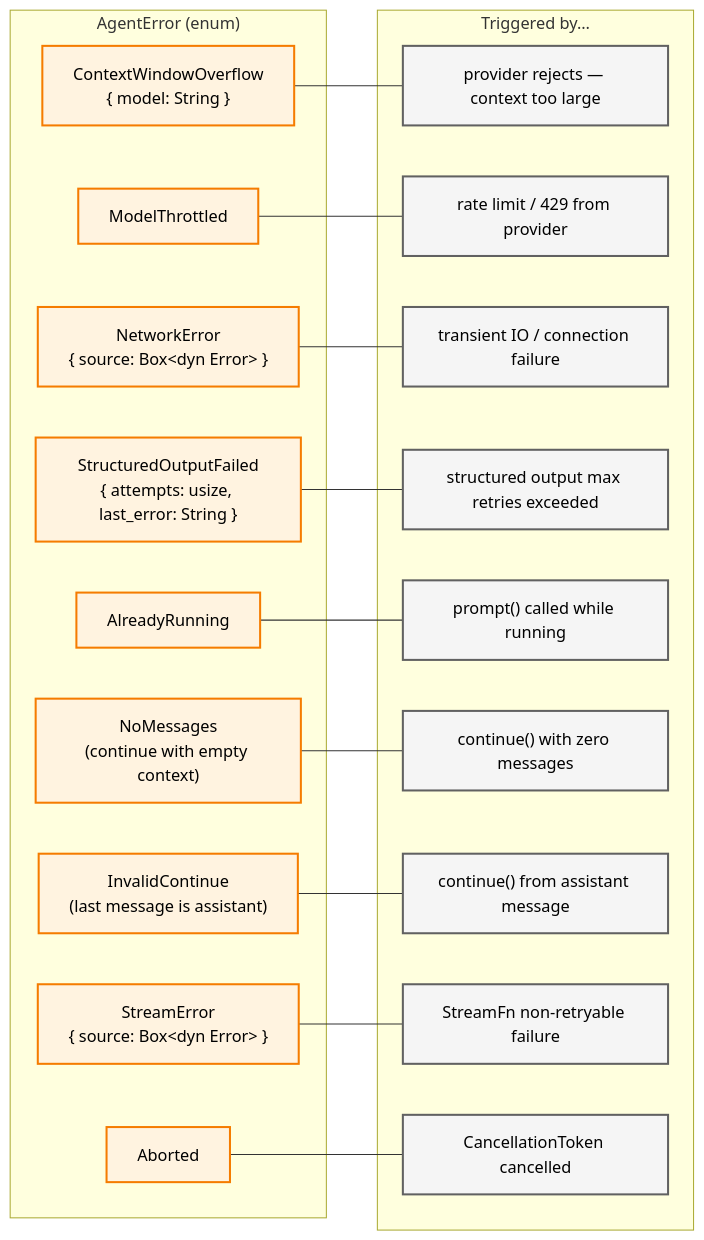
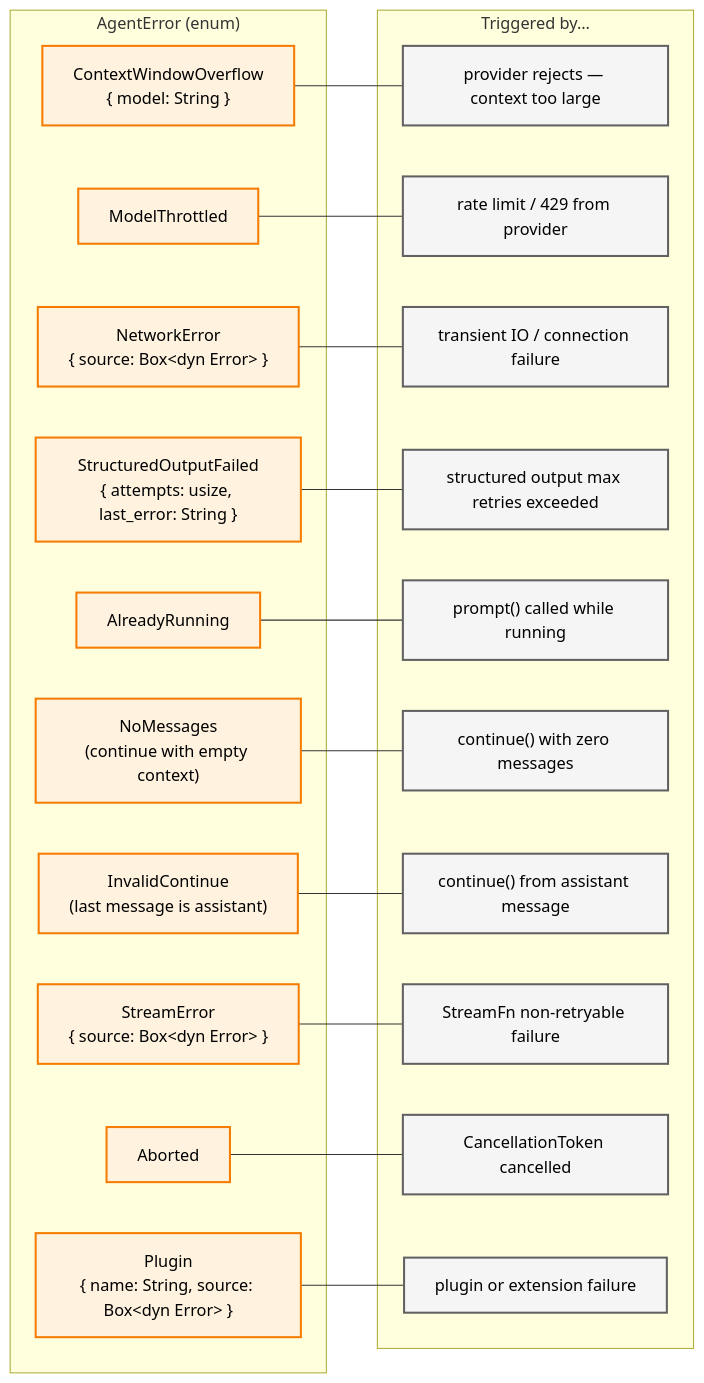
One commit to SuperSwinkAI/Swink-Agent changed the second of 5 diagrams in docs/architecture/error-handling/README.md. Above: the diagram before and after it, drawn with Mermaid. The commit also changed other lines of this file and 2 other files, not shown here.

Commit message:
Fix doc inaccuracies in data model, errors, streaming
- Fix ThinkingLevel::XHigh → ExtraHigh in data model doc
- Add undocumented ContentBlock::Extension variant
- Add undocumented ToolResultMessage.details field
- Add missing Plugin variant to error taxonomy
- Update never-retries list with all non-retryable variants
- Fix Done/Error event signatures in streaming doc
- Add StreamErrorKind enum and error constructor docs

````diff
--- a/docs/architecture/error-handling/README.md
+++ b/docs/architecture/error-handling/README.md
@@ -65,42 +65,45 @@
 ```mermaid
 flowchart LR
     subgraph AgentError["AgentError (enum)"]
         CWO["ContextWindowOverflow<br/>{ model: String }"]
         ModelThrottled["ModelThrottled"]
         NetErr["NetworkError<br/>{ source: Box&lt;dyn Error&gt; }"]
         StructFail["StructuredOutputFailed<br/>{ attempts: usize, last_error: String }"]
         AlreadyRunning["AlreadyRunning"]
         NoMessages["NoMessages<br/>(continue with empty context)"]
         InvalidContinue["InvalidContinue<br/>(last message is assistant)"]
         StreamError["StreamError<br/>{ source: Box&lt;dyn Error&gt; }"]
         Aborted["Aborted"]
+        Plugin["Plugin<br/>{ name: String, source: Box&lt;dyn Error&gt; }"]
     end
 
     subgraph Trigger["Triggered by…"]
         T1["provider rejects — context too large"]
         T2["rate limit / 429 from provider"]
         T3["transient IO / connection failure"]
         T4["structured output max retries exceeded"]
         T5["prompt() called while running"]
         T6["continue() with zero messages"]
         T7["continue() from assistant message"]
         T8["StreamFn non-retryable failure"]
         T9["CancellationToken cancelled"]
+        T10["plugin or extension failure"]
     end
 
     CWO --- T1
     ModelThrottled --- T2
     NetErr --- T3
     StructFail --- T4
     AlreadyRunning --- T5
     NoMessages --- T6
     InvalidContinue --- T7
     StreamError --- T8
     Aborted --- T9
+    Plugin --- T10
 
     classDef errStyle fill:#fff3e0,stroke:#f57c00,stroke-width:2px,color:#000
     classDef trigStyle fill:#f5f5f5,stroke:#616161,stroke-width:2px,color:#000
 
-    class CWO,ModelThrottled,NetErr,StructFail,AlreadyRunning,NoMessages,InvalidContinue,StreamError,Aborted errStyle
-    class T1,T2,T3,T4,T5,T6,T7,T8,T9 trigStyle
+    class CWO,ModelThrottled,NetErr,StructFail,AlreadyRunning,NoMessages,InvalidContinue,StreamError,Aborted,Plugin errStyle
+    class T1,T2,T3,T4,T5,T6,T7,T8,T9,T10 trigStyle
 ```
````
